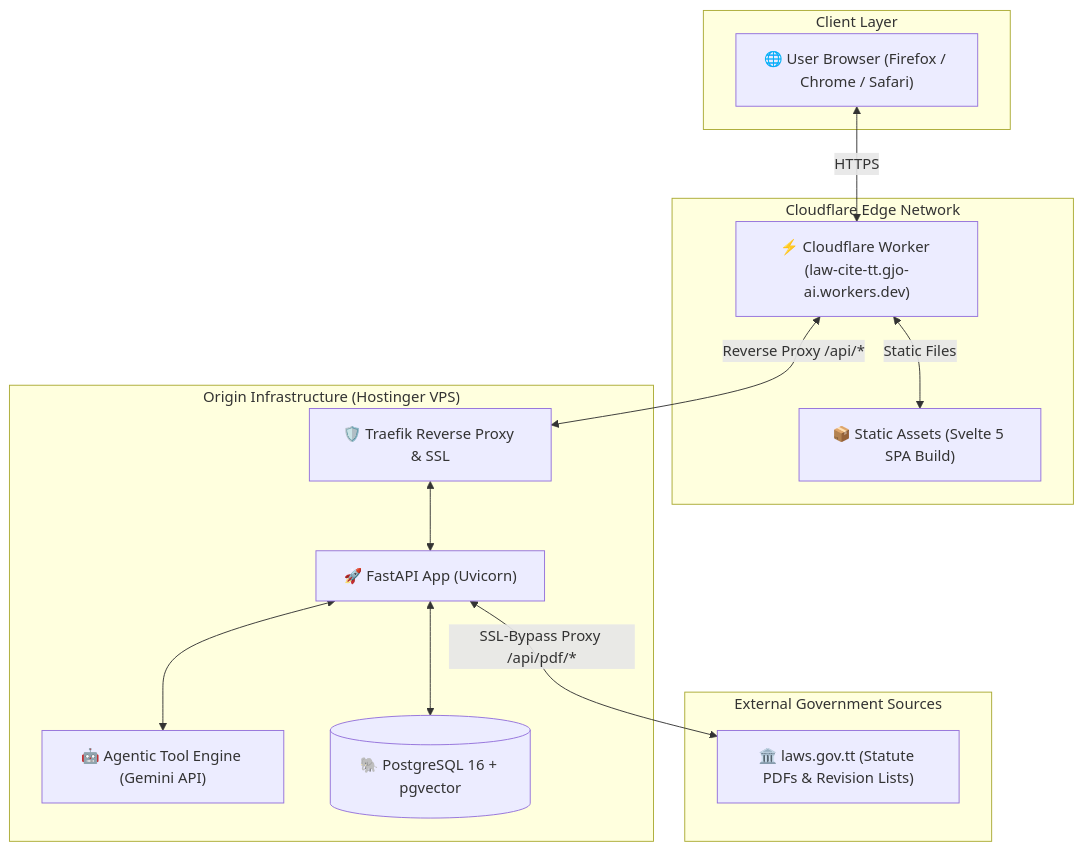
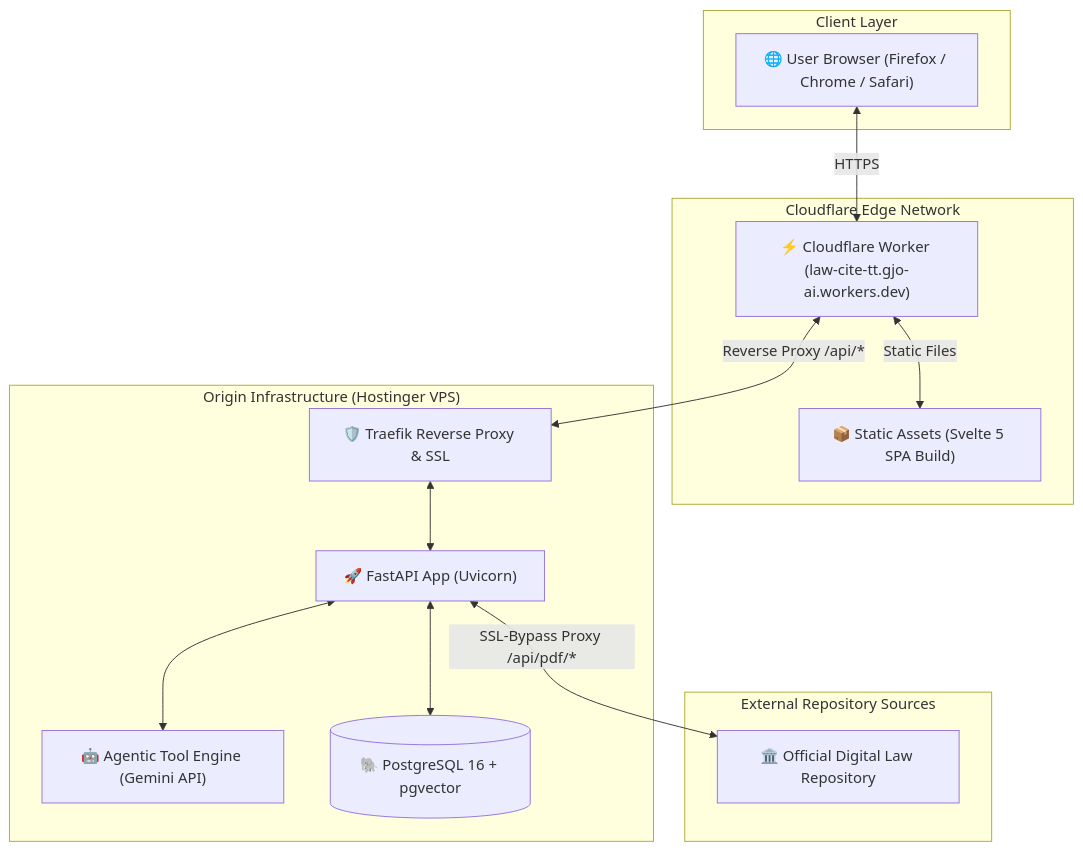
The diagram in README.md (gregory1506/law-cite-tt), drawn with Mermaid before and after one commit. The commit also changed other lines of this file and 2 other files, not shown here.

Commit message:
docs(anonymize): replace specific government URLs and domain names with generic Official Digital Law Repository labels

````diff
--- a/README.md
+++ b/README.md
@@ -79,30 +79,31 @@
 ```mermaid
 flowchart TD
     subgraph Client ["Client Layer"]
         User["🌐 User Browser (Firefox / Chrome / Safari)"]
     end
 
     subgraph Cloudflare ["Cloudflare Edge Network"]
         CFWorker["⚡ Cloudflare Worker (law-cite-tt.gjo-ai.workers.dev)"]
         CFAssets["📦 Static Assets (Svelte 5 SPA Build)"]
     end
 
     subgraph VPS ["Origin Infrastructure (Hostinger VPS)"]
         Traefik["🛡️ Traefik Reverse Proxy & SSL"]
         FastAPI["🚀 FastAPI App (Uvicorn)"]
         Agent["🤖 Agentic Tool Engine (Gemini API)"]
         PGDB[("🐘 PostgreSQL 16 + pgvector")]
     end
 
-    subgraph External ["External Government Sources"]
-        GovTT["🏛️ laws.gov.tt (Statute PDFs & Revision Lists)"]
+    subgraph External ["External Repository Sources"]
+        GovTT["🏛️ Official Digital Law Repository"]
     end
+
 
     User <-->|HTTPS| CFWorker
     CFWorker <-->|Static Files| CFAssets
     CFWorker <-->|Reverse Proxy /api/*| Traefik
     Traefik <--> FastAPI
     FastAPI <--> Agent
     FastAPI <--> PGDB
     FastAPI <-->|SSL-Bypass Proxy /api/pdf/*| GovTT
 ```
````
